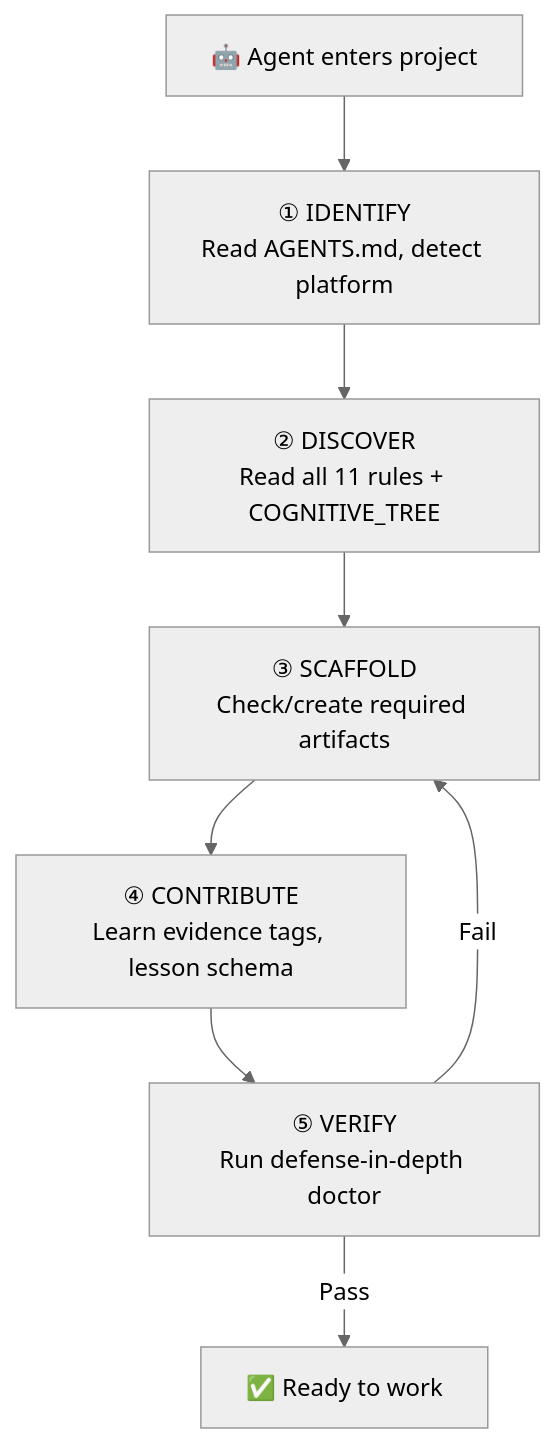
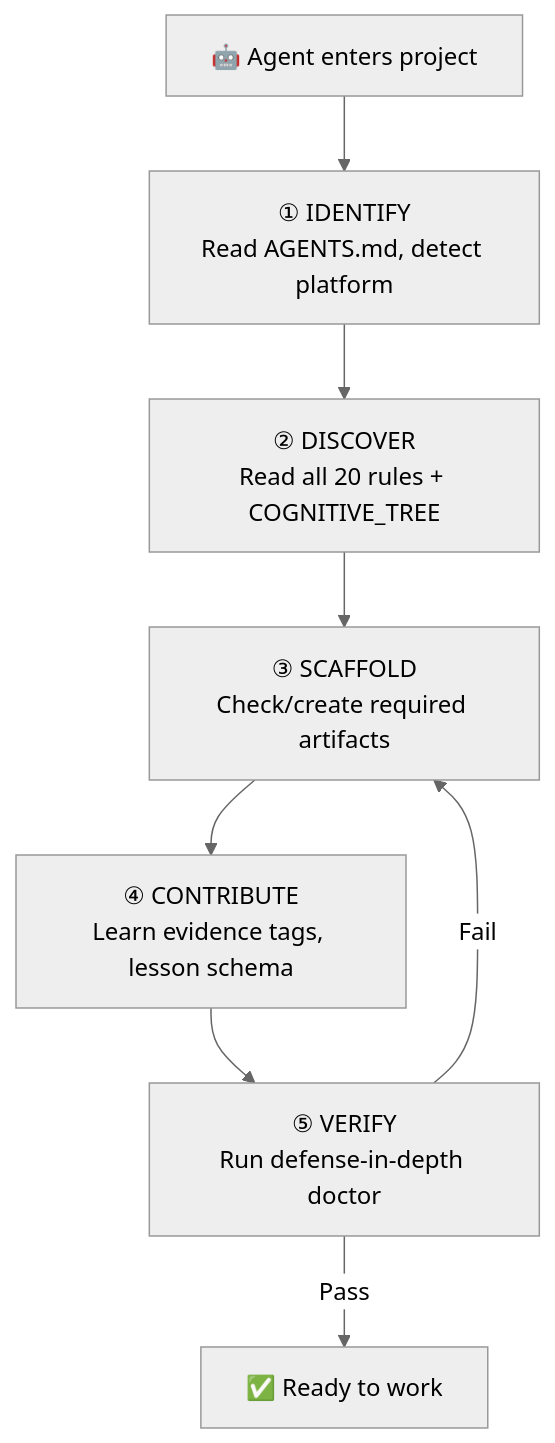
One commit to tamld/defense-in-depth changed the diagram in .agents/AGENTS.md. Above: the diagram before and after it, drawn with Mermaid (neutral theme). The commit also changed other lines of this file, not shown here.

````diff
--- a/.agents/AGENTS.md
+++ b/.agents/AGENTS.md
@@ -18,10 +18,10 @@
 ```mermaid
 flowchart TD
     A["🤖 Agent enters project"] --> P1["① IDENTIFY\nRead AGENTS.md, detect platform"]
-    P1 --> P2["② DISCOVER\nRead all 11 rules + COGNITIVE_TREE"]
+    P1 --> P2["② DISCOVER\nRead all 20 rules + COGNITIVE_TREE"]
     P2 --> P3["③ SCAFFOLD\nCheck/create required artifacts"]
     P3 --> P4["④ CONTRIBUTE\nLearn evidence tags, lesson schema"]
     P4 --> P5["⑤ VERIFY\nRun defense-in-depth doctor"]
     P5 -->|"Pass"| READY["✅ Ready to work"]
     P5 -->|"Fail"| P3
 ```
````
